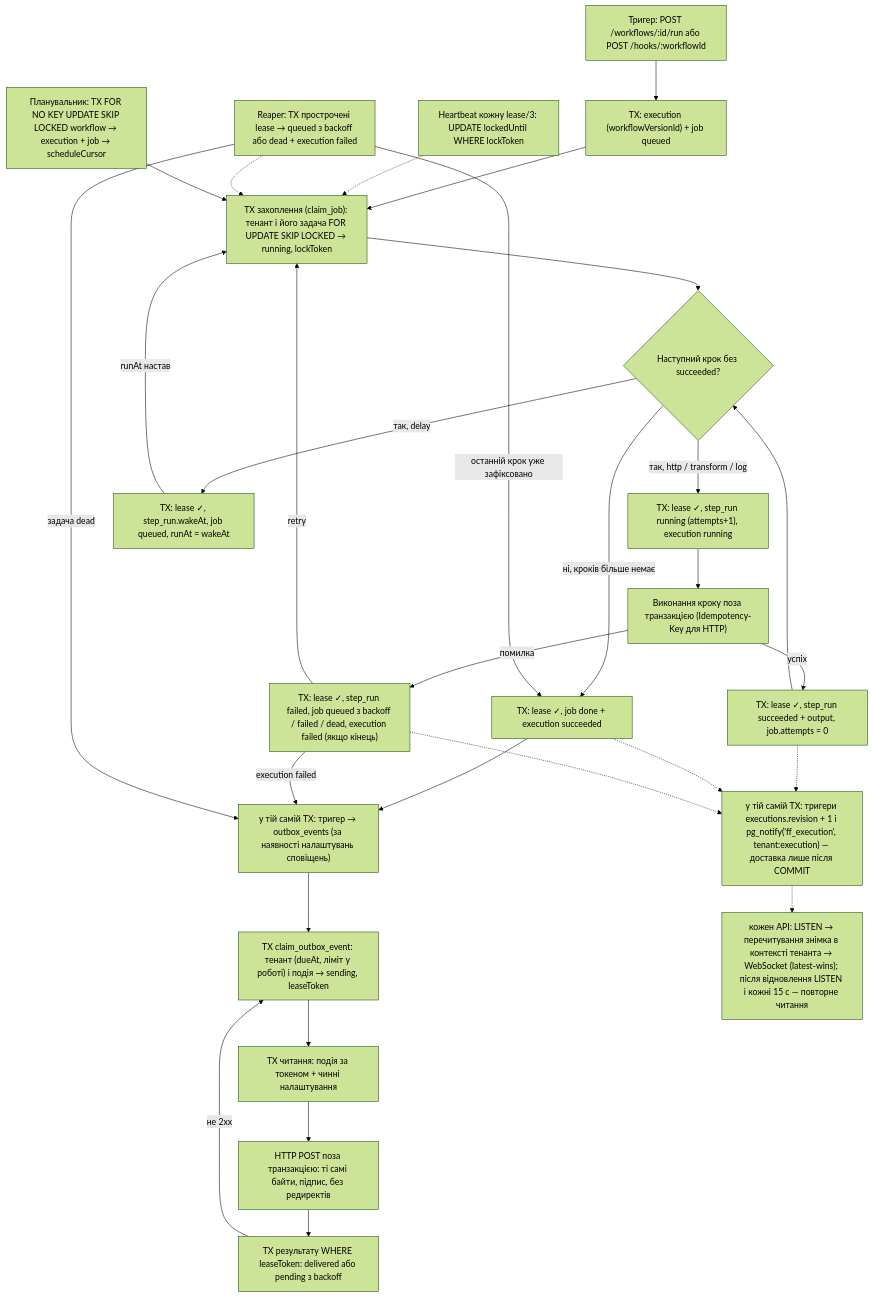
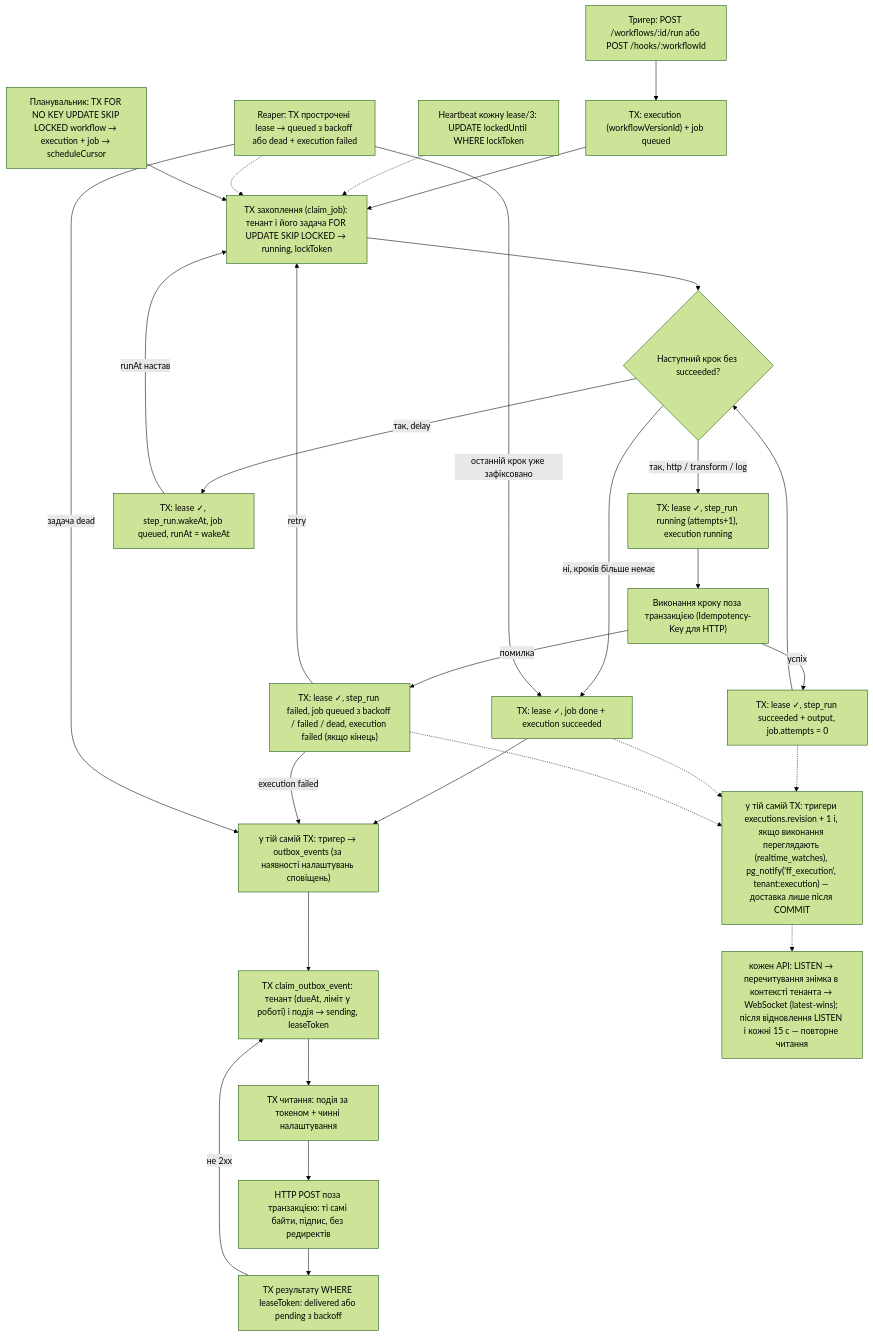
The diagram in README.md (JuFios/flowforge-starter), drawn with Mermaid (forest theme) before and after one commit. The commit also changed other lines of this file and 13 other files, not shown here.

First line of the commit message:
perf(realtime): notify only executions that someone watches

````diff
--- a/README.md
+++ b/README.md
@@ -510,31 +510,31 @@
 ```mermaid
 flowchart TD
   T["Тригер: POST /workflows/:id/run або POST /hooks/:workflowId"] --> E["TX: execution (workflowVersionId) + job queued"]
   E --> C["TX захоплення (claim_job): тенант і його задача FOR UPDATE SKIP LOCKED → running, lockToken"]
   C --> L{"Наступний крок без succeeded?"}
   L -- "так, http / transform / log" --> S["TX: lease ✓, step_run running (attempts+1), execution running"]
   S --> X["Виконання кроку поза транзакцією (Idempotency-Key для HTTP)"]
   X -- успіх --> K["TX: lease ✓, step_run succeeded + output, job.attempts = 0"]
   K --> L
   X -- помилка --> F["TX: lease ✓, step_run failed, job queued з backoff / failed / dead, execution failed (якщо кінець)"]
   F -- retry --> C
   L -- "так, delay" --> P["TX: lease ✓, step_run.wakeAt, job queued, runAt = wakeAt"]
   P -- "runAt настав" --> C
   L -- "ні, кроків більше немає" --> D["TX: lease ✓, job done + execution succeeded"]
   H["Heartbeat кожну lease/3: UPDATE lockedUntil WHERE lockToken"] -.-> C
   R["Reaper: TX прострочені lease → queued з backoff або dead + execution failed"] -.-> C
   R -- "останній крок уже зафіксовано" --> D
   SC["Планувальник: TX FOR NO KEY UPDATE SKIP LOCKED workflow → execution + job → scheduleCursor"] --> C
   D --> O["у тій самій TX: тригер → outbox_events (за наявності налаштувань сповіщень)"]
   F -- "execution failed" --> O
   R -- "задача dead" --> O
   O --> OC["TX claim_outbox_event: тенант (dueAt, ліміт у роботі) і подія → sending, leaseToken"]
   OC --> OR["TX читання: подія за токеном + чинні налаштування"]
   OR --> OH["HTTP POST поза транзакцією: ті самі байти, підпис, без редиректів"]
   OH --> OW["TX результату WHERE leaseToken: delivered або pending з backoff"]
   OW -- "не 2xx" --> OC
-  K -.-> RV["у тій самій TX: тригери executions.revision + 1 і pg_notify('ff_execution', tenant:execution) — доставка лише після COMMIT"]
+  K -.-> RV["у тій самій TX: тригери executions.revision + 1 і, якщо виконання переглядають (realtime_watches), pg_notify('ff_execution', tenant:execution) — доставка лише після COMMIT"]
   D -.-> RV
   F -.-> RV
   RV -.-> WS["кожен API: LISTEN → перечитування знімка в контексті тенанта → WebSocket (latest-wins); після відновлення LISTEN і кожні 15 с — повторне читання"]
 ```
````
